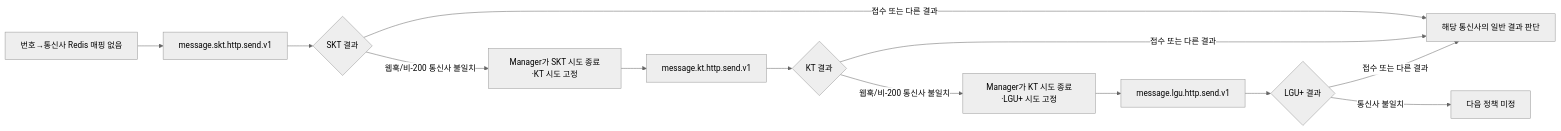
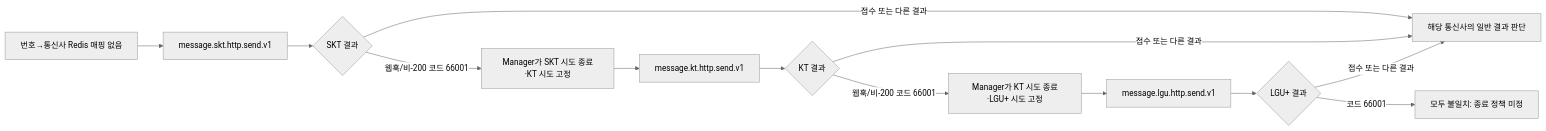
Before and after one commit to hyun-seung/High-throughput-event-platform: the fifth of 10 diagrams in docs/53-신규-메시지-케이스별-Call-Flow.md, drawn with Mermaid (neutral theme). The commit also changed other lines of this file and 4 other files, not shown here.

````diff
--- a/docs/53-신규-메시지-케이스별-Call-Flow.md
+++ b/docs/53-신규-메시지-케이스별-Call-Flow.md
@@ -145,15 +145,15 @@
 ```mermaid
 flowchart LR
     N[번호→통신사 Redis 매핑 없음] --> S[message.skt.http.send.v1]
     S --> R1{SKT 결과}
-    R1 -->|웹훅/비-200 통신사 불일치| M1[Manager가 SKT 시도 종료·KT 시도 고정]
+    R1 -->|웹훅/비-200 코드 66001| M1[Manager가 SKT 시도 종료·KT 시도 고정]
     M1 --> K[message.kt.http.send.v1]
     K --> R2{KT 결과}
-    R2 -->|웹훅/비-200 통신사 불일치| M2[Manager가 KT 시도 종료·LGU+ 시도 고정]
+    R2 -->|웹훅/비-200 코드 66001| M2[Manager가 KT 시도 종료·LGU+ 시도 고정]
     M2 --> L[message.lgu.http.send.v1]
     L --> R3{LGU+ 결과}
     R1 -->|접수 또는 다른 결과| J[해당 통신사의 일반 결과 판단]
     R2 -->|접수 또는 다른 결과| J
     R3 -->|접수 또는 다른 결과| J
-    R3 -->|통신사 불일치| U[다음 정책 미정]
+    R3 -->|코드 66001| U[모두 불일치: 종료 정책 미정]
 ```
````
